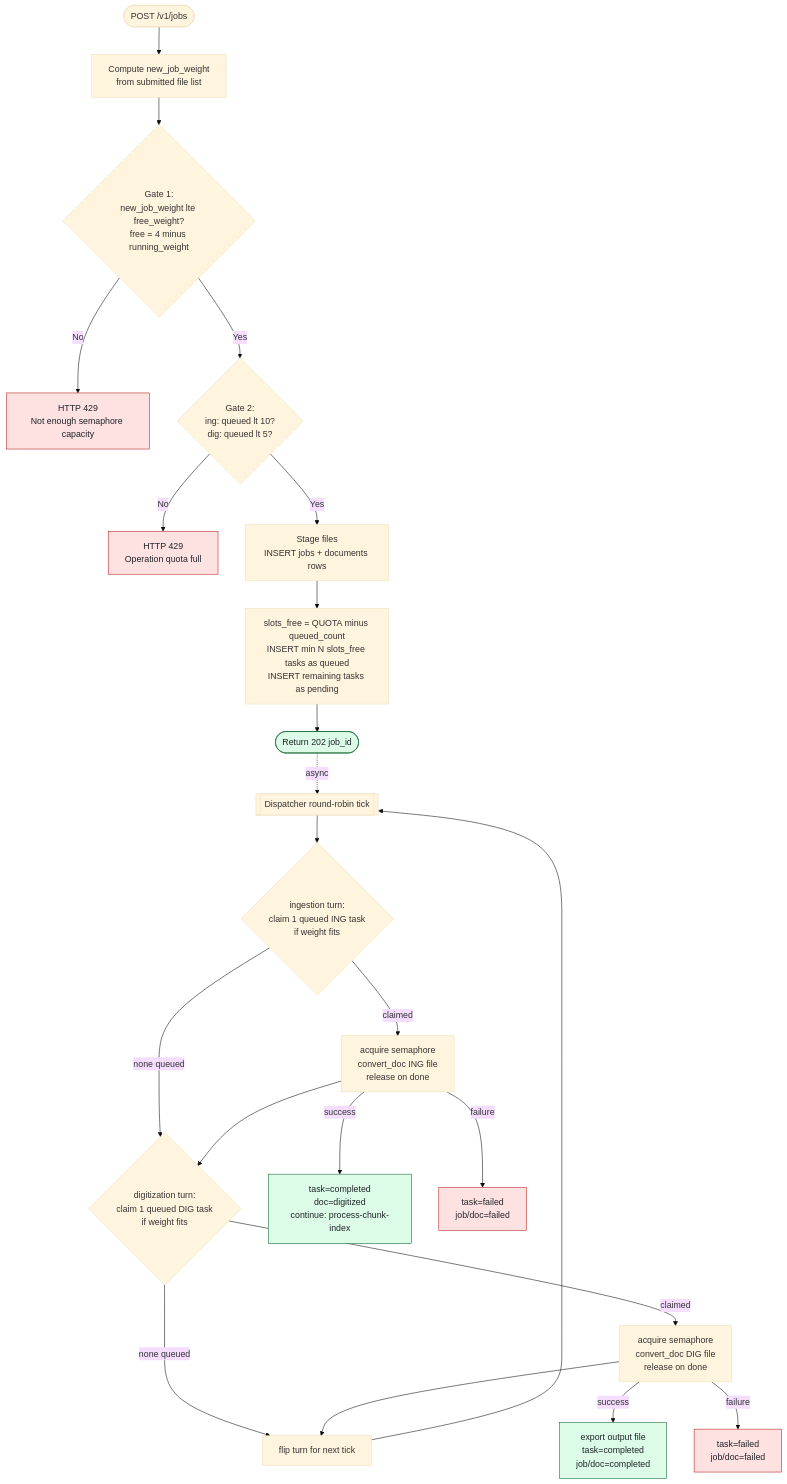
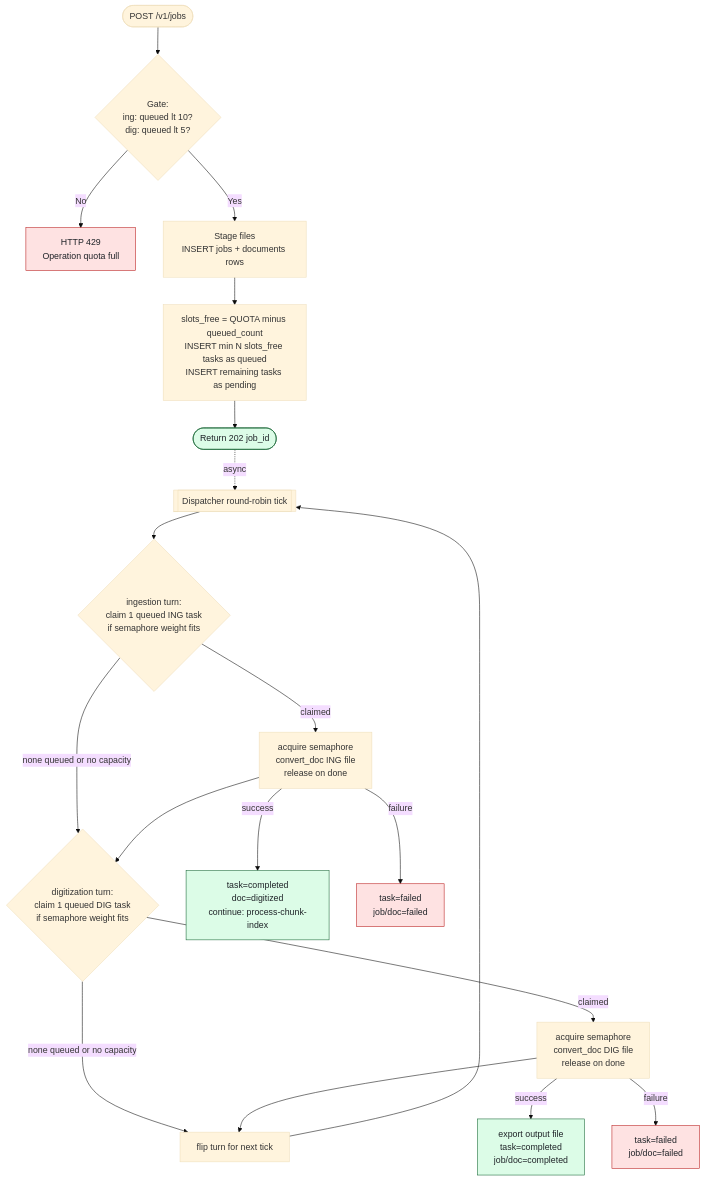
One commit to IBM/project-ai-services changed the first of 6 diagrams in docs/proposals/docling_conversion_queue.md. Above: the diagram before and after it, drawn with Mermaid (base theme). The commit also changed other lines of this file, not shown here.

````diff
--- a/docs/proposals/docling_conversion_queue.md
+++ b/docs/proposals/docling_conversion_queue.md
@@ -739,40 +851,34 @@
 ```mermaid
 flowchart TD
-    A([POST /v1/jobs]) --> B[Compute new_job_weight\nfrom submitted file list]
-    B --> D{Gate 1:\nnew_job_weight lte free_weight?\nfree = 4 minus running_weight}
-
-    D -->|No| R1[HTTP 429\nNot enough semaphore capacity]
-
-    D -->|Yes| E{Gate 2:\ning: queued lt 10?\ndig: queued lt 5?}
+    A([POST /v1/jobs]) --> E{Gate:\ning: queued lt 10?\ndig: queued lt 5?}
 
     E -->|No| R2[HTTP 429\nOperation quota full]
 
     E -->|Yes| F1[Stage files\nINSERT jobs + documents rows]
     F1 --> F2[slots_free = QUOTA minus queued_count\nINSERT min N slots_free tasks as queued\nINSERT remaining tasks as pending]
     F2 --> G([Return 202 job_id])
 
     G -.->|async| H[[Dispatcher round-robin tick]]
-    H --> IA{ingestion turn:\nclaim 1 queued ING task\nif weight fits}
+    H --> IA{ingestion turn:\nclaim 1 queued ING task\nif semaphore weight fits}
     IA -->|claimed| JA[acquire semaphore\nconvert_doc ING file\nrelease on done]
-    IA -->|none queued| KB
+    IA -->|none queued or no capacity| KB
 
-    JA --> KB{digitization turn:\nclaim 1 queued DIG task\nif weight fits}
+    JA --> KB{digitization turn:\nclaim 1 queued DIG task\nif semaphore weight fits}
     KB -->|claimed| LB[acquire semaphore\nconvert_doc DIG file\nrelease on done]
-    KB -->|none queued| MC
+    KB -->|none queued or no capacity| MC
 
     LB --> MC[flip turn for next tick]
     MC --> H
 
     JA -->|success| OI[task=completed\ndoc=digitized\ncontinue: process-chunk-index]
     JA -->|failure| NI[task=failed\njob/doc=failed]
     LB -->|success| OD[export output file\ntask=completed\njob/doc=completed]
     LB -->|failure| ND[task=failed\njob/doc=failed]
 
-    style R1 fill:#fee2e2,stroke:#b91c1c,color:#1f2328
     style R2 fill:#fee2e2,stroke:#b91c1c,color:#1f2328
     style G fill:#dcfce7,stroke:#166534,color:#1f2328
     style OI fill:#dcfce7,stroke:#166534,color:#1f2328
     style OD fill:#dcfce7,stroke:#166534,color:#1f2328
     style NI fill:#fee2e2,stroke:#b91c1c,color:#1f2328
     style ND fill:#fee2e2,stroke:#b91c1c,color:#1f2328
 ```
````
